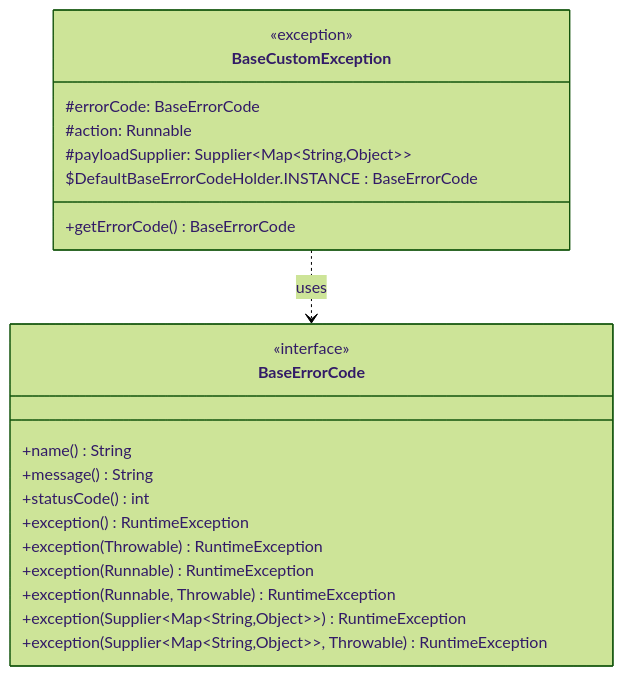
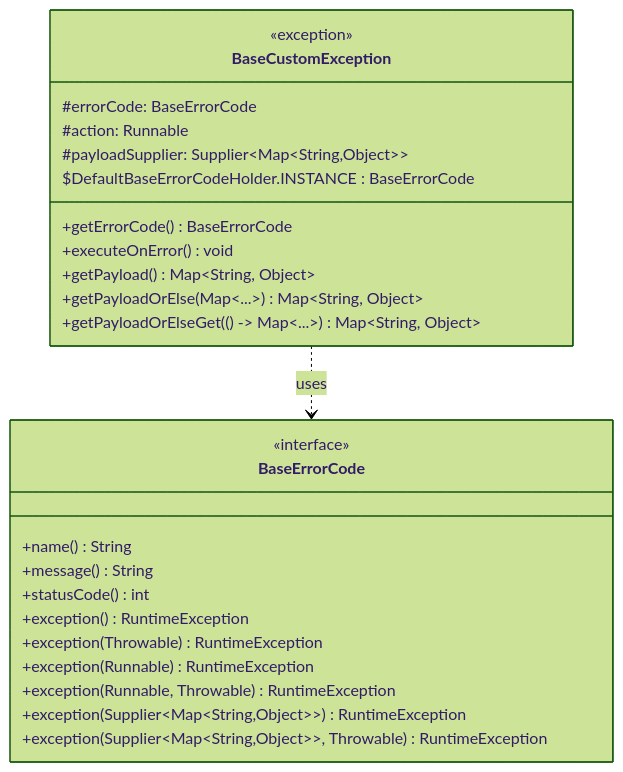
Before and after one commit to merge-simpson/letsdev-error-code-api: the second of 3 diagrams in README.md, drawn with Mermaid.

Commit message:
docs(readme): keep editing mermaid (add exception methods handling runnable or supplier)

````diff
--- a/README.md
+++ b/README.md
@@ -50,45 +50,49 @@
 ```mermaid
 %%{init: {"theme": "forest", "themeVariables": {"fontFamily": "Comic Sans MS"}}}%%
 classDiagram
 %% 클래스 목록
     class BaseErrorCode {
         <<interface>>
         +name() String
         +message() String
         +statusCode() int
         +exception() RuntimeException
         +exception(Throwable) RuntimeException
         +exception(Runnable) RuntimeException
         +exception(Runnable, Throwable) RuntimeException
         +exception(Supplier&lt;Map&lt;String,Object>>) RuntimeException
         +exception(Supplier&lt;Map&lt;String,Object>>, Throwable) RuntimeException
     }
 
     class BaseCustomException {
         <<exception>>
         #errorCode: BaseErrorCode
         #action: Runnable
         #payloadSupplier: Supplier&lt;Map&lt;String,Object>>
         $DefaultBaseErrorCodeHolder.INSTANCE : BaseErrorCode
         
 %%        +BaseCustomException()
 %%        +BaseCustomException(message: String)
 %%        +BaseCustomException(message: String, cause: Throwable)
 %%        +BaseCustomException(errorCode: BaseErrorCode)
 %%        +BaseCustomException(errorCode: BaseErrorCode, cause: Throwable)
 %%        +BaseCustomException(errorCode: BaseErrorCode, action: Runnable)
 %%        +BaseCustomException(errorCode: BaseErrorCode, action: Runnable, cause: Throwable)
 %%        +BaseCustomException(errorCode: BaseErrorCode, payloadSupplier: Supplier&lt;Map&lt;String,Object>>)
 %%        +BaseCustomException(errorCode: BaseErrorCode, payloadSupplier: Supplier&lt;Map&lt;String,Object>>, cause: Throwable)
         
         +getErrorCode() BaseErrorCode
+        +executeOnError() void
+        +getPayload() Map&lt;String, Object>
+        +getPayloadOrElse(Map&lt;...>) Map&lt;String, Object>
+        +getPayloadOrElseGet(() -> Map&lt;...>) Map&lt;String, Object>
     }
 
 %%    class DefaultBaseErrorCodeHolder {
 %%        <<private>>
 %%        -INSTANCE : BaseErrorCode
 %%    }
 
 %% 관계 표현
     BaseCustomException ..> BaseErrorCode : uses
 ```
````
